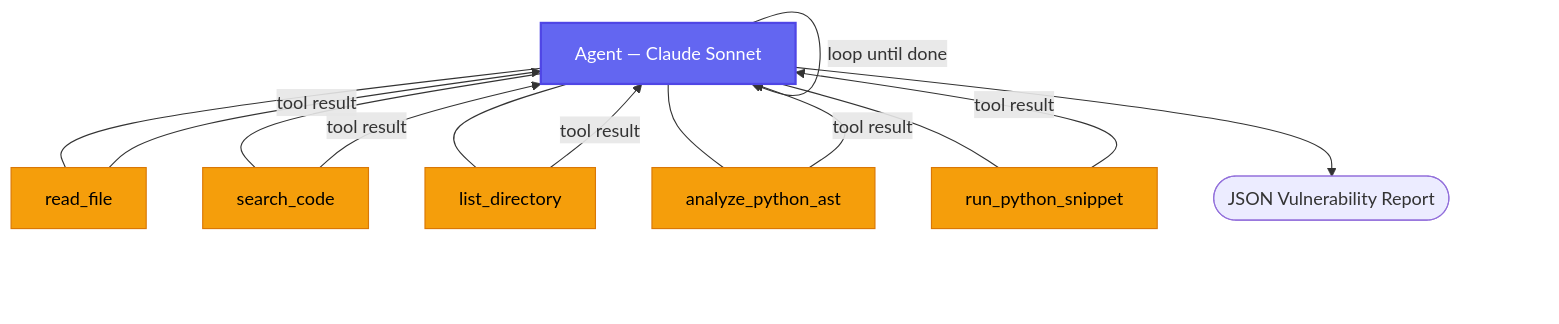
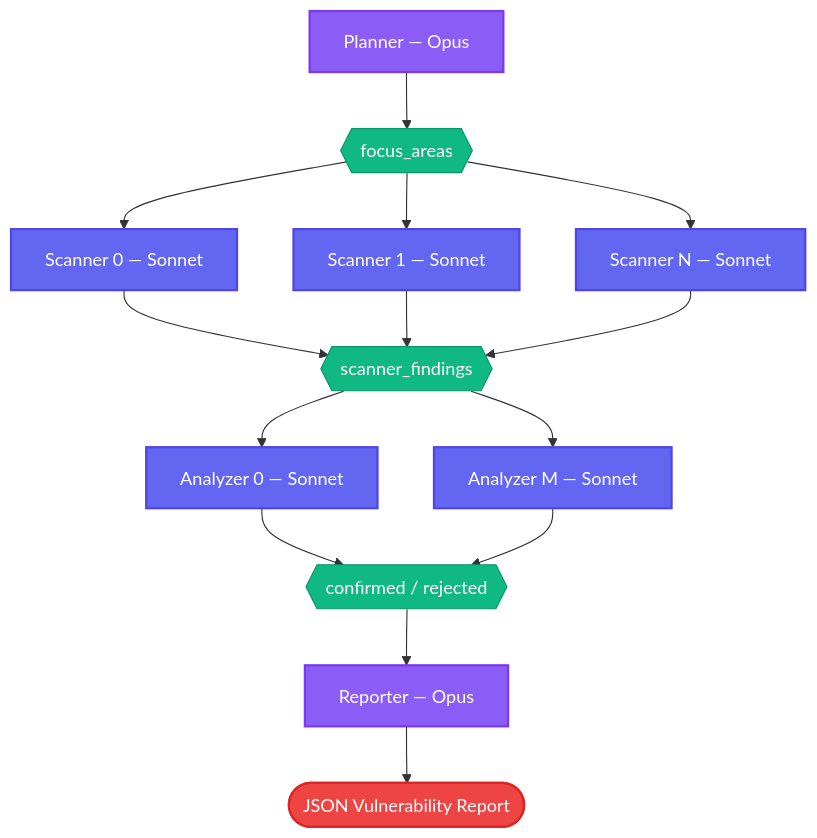
The second of 2 diagrams in README.md (mvpzone/vuln-hawk), drawn with Mermaid before and after one commit. The commit also changed other lines of this file and 7 other files, not shown here.

````diff
--- a/README.md
+++ b/README.md
@@ -91,18 +107,30 @@
 ```mermaid
 flowchart TD
+    classDef opus fill:#8b5cf6,color:#fff,stroke:#7c3aed,stroke-width:2px
     classDef sonnet fill:#6366f1,color:#fff,stroke:#4f46e5,stroke-width:2px
     classDef tool fill:#f59e0b,color:#000,stroke:#d97706,stroke-width:1px
+    classDef data fill:#10b981,color:#fff,stroke:#059669,stroke-width:1px
+    classDef eval fill:#ef4444,color:#fff,stroke:#dc2626,stroke-width:2px
 
-    A[Agent — Claude Sonnet]:::sonnet
-    T1[read_file]:::tool
-    T2[search_code]:::tool
-    T3[list_directory]:::tool
-    T4[analyze_python_ast]:::tool
-    T5[run_python_snippet]:::tool
-    REPORT([JSON Vulnerability Report])
+    P[Planner — Opus]:::opus
+    FA{{focus_areas}}:::data
 
-    A --- T1 & T2 & T3 & T4 & T5
-    T1 & T2 & T3 & T4 & T5 -->|tool result| A
-    A -->|loop until done| A
-    A --> REPORT
+    S1[Scanner 0 — Sonnet]:::sonnet
+    S2[Scanner 1 — Sonnet]:::sonnet
+    S3[Scanner N — Sonnet]:::sonnet
+    SF{{scanner_findings}}:::data
+
+    A1[Analyzer 0 — Sonnet]:::sonnet
+    A2[Analyzer M — Sonnet]:::sonnet
+    AF{{confirmed / rejected}}:::data
+
+    R[Reporter — Opus]:::opus
+    REPORT([JSON Vulnerability Report]):::eval
+
+    P --> FA
+    FA --> S1 & S2 & S3
+    S1 & S2 & S3 --> SF
+    SF --> A1 & A2
+    A1 & A2 --> AF
+    AF --> R --> REPORT
 ```
````
